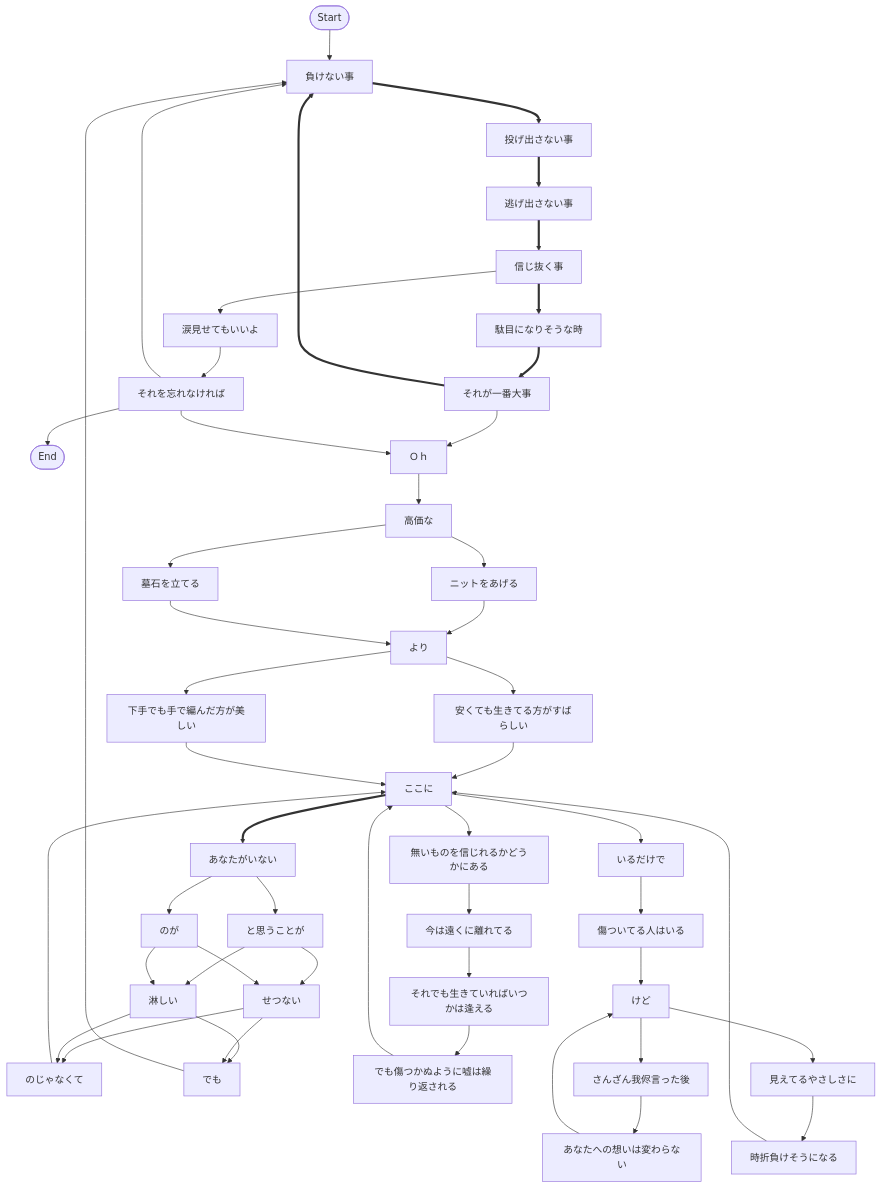
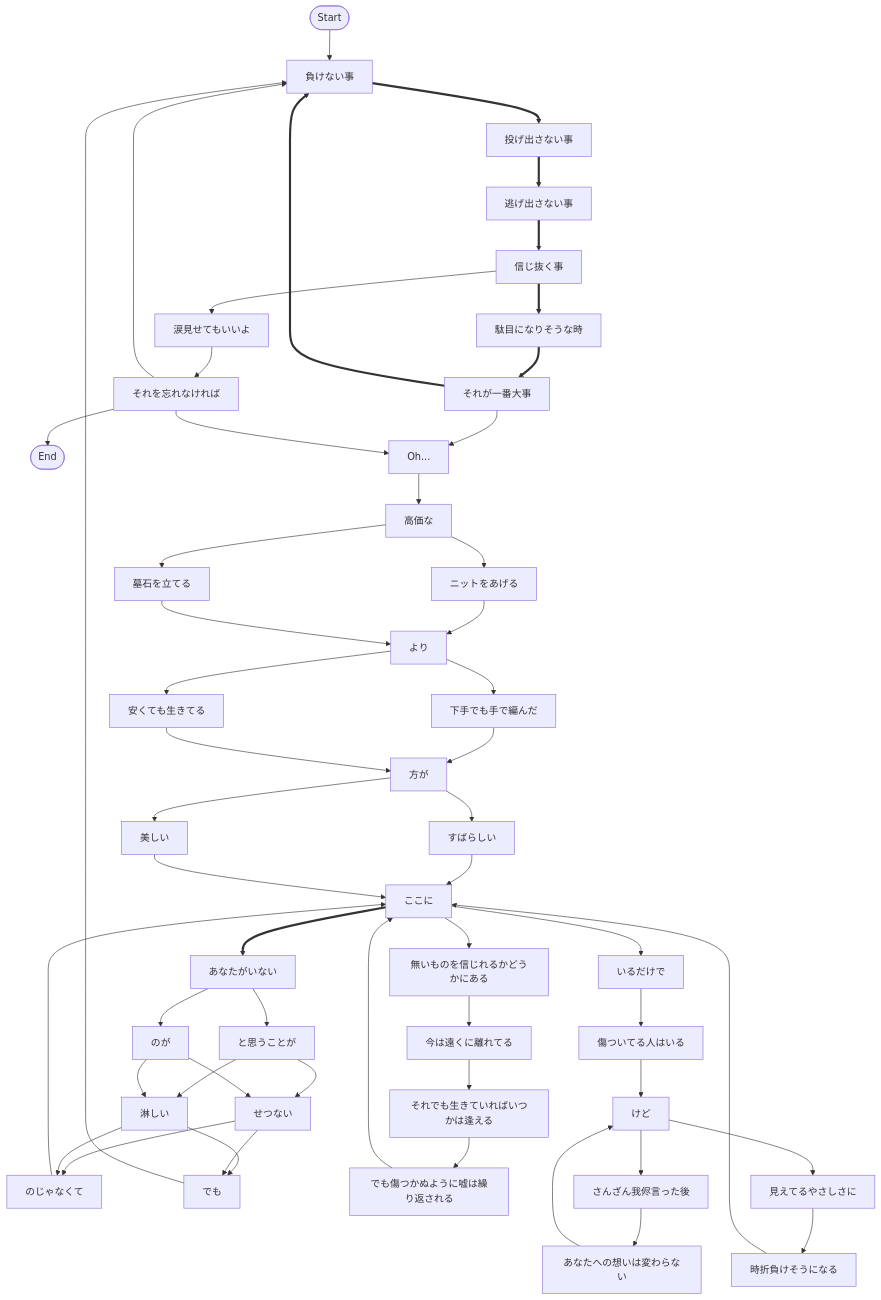
One commit to youkoseki/soregadaiji changed the diagram in soregadaiji.md. Above: the diagram before and after it, drawn with Mermaid.

````diff
--- a/soregadaiji.md
+++ b/soregadaiji.md
@@ -1,54 +1,59 @@
 ```mermaid
   graph TB
     Start([Start])
     End([End])
+    Oh[Oh...]
     投げ出さない事 ==> 逃げ出さない事;
     逃げ出さない事 ==> 信じ抜く事;
     負けない事 ==> 投げ出さない事;
     信じ抜く事 ==> 駄目になりそうな時;
     駄目になりそうな時 ==> それが一番大事;
     ここに ==> あなたがいない;
     それが一番大事 ==> 負けない事;
     涙見せてもいいよ --> それを忘れなければ;
     信じ抜く事 --> 涙見せてもいいよ;
     のじゃなくて --> ここに;
     あなたがいない --> のが;
     でも --> 負けない事;
-    Ｏｈ --> 高価な;
+    Oh --> 高価な;
     あなたがいない --> と思うことが;
     無いものを信じれるかどうかにある --> 今は遠くに離れてる;
     それを忘れなければ --> End;
     それでも生きていればいつかは逢える --> でも傷つかぬように嘘は繰り返される;
     ニットをあげる --> より;
-    それが一番大事 --> Ｏｈ;
+    それが一番大事 --> Oh;
     と思うことが --> せつない;
     見えてるやさしさに --> 時折負けそうになる;
     高価な --> ニットをあげる;
-    それを忘れなければ --> Ｏｈ;
+    それを忘れなければ --> Oh;
     淋しい --> でも;
     と思うことが --> 淋しい;
     それを忘れなければ --> 負けない事;
     けど --> さんざん我侭言った後;
-    より --> 下手でも手で編んだ方が美しい;
-    より --> 安くても生きてる方がすばらしい;
-    安くても生きてる方がすばらしい --> ここに;
+    より --> 下手でも手で編んだ;
+    下手でも手で編んだ --> 方が;
+    方が --> 美しい;
+    より --> 安くても生きてる;
+    安くても生きてる --> 方が;
+    方が --> すばらしい;
+    すばらしい --> ここに;
     時折負けそうになる --> ここに;
     傷ついてる人はいる --> けど;
     せつない --> のじゃなくて;
     のが --> せつない;
     あなたへの想いは変わらない --> けど;
     けど --> 見えてるやさしさに;
-    下手でも手で編んだ方が美しい --> ここに;
+    美しい --> ここに;
     今は遠くに離れてる --> それでも生きていればいつかは逢える;
     のが --> 淋しい;
     ここに --> 無いものを信じれるかどうかにある;
     高価な --> 墓石を立てる;
     Start --> 負けない事;
     せつない --> でも;
     墓石を立てる --> より;
     ここに --> いるだけで;
     いるだけで --> 傷ついてる人はいる;
     でも傷つかぬように嘘は繰り返される --> ここに;
     淋しい --> のじゃなくて;
     さんざん我侭言った後 --> あなたへの想いは変わらない;
 ```
````
